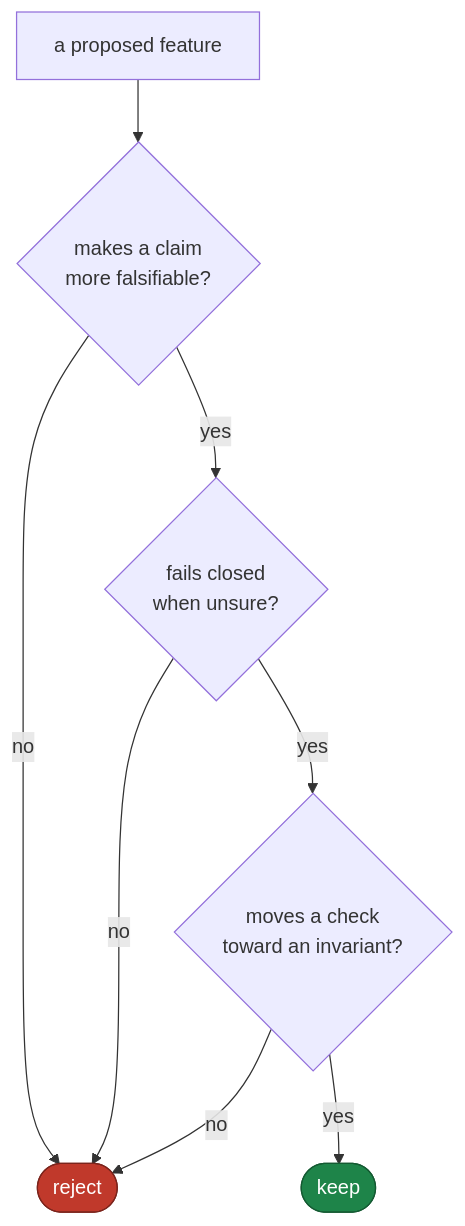
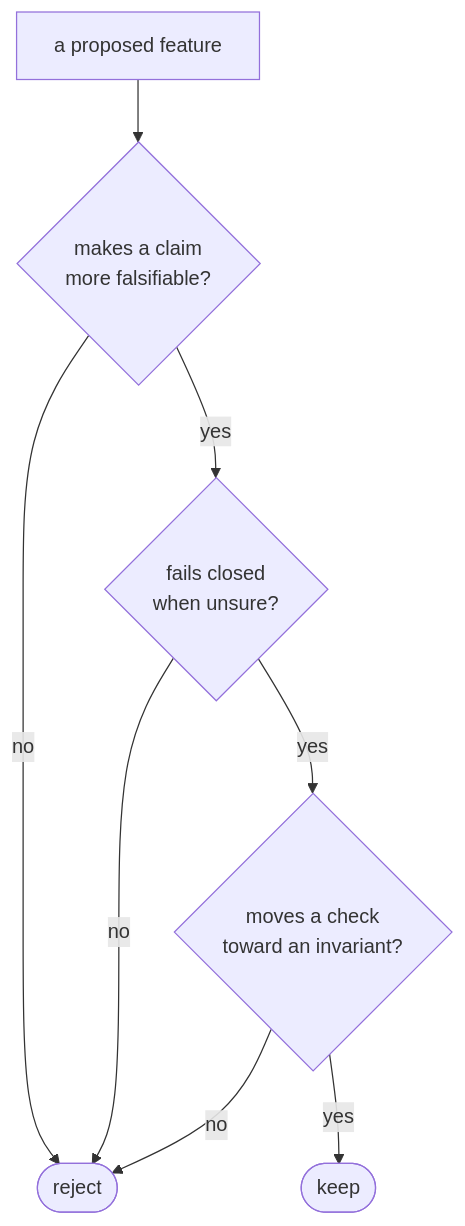
The diagram in docs/concepts/thesis.md (clintecker/celebrimbor), drawn with Mermaid before and after one commit. The commit also changed 12 other files, not shown here.

First line of the commit message:
docs: fix diagram rendering — drop hardcoded mermaid colors, real table headers

````diff
--- a/docs/concepts/thesis.md
+++ b/docs/concepts/thesis.md
@@ -69,14 +69,10 @@
 ```mermaid
 flowchart TD
     F["a proposed feature"] --> Q1{makes a claim<br/>more falsifiable?}
     Q1 -->|no| REJ([reject])
     Q1 -->|yes| Q2{fails closed<br/>when unsure?}
     Q2 -->|no| REJ
     Q2 -->|yes| Q3{moves a check<br/>toward an invariant?}
     Q3 -->|no| REJ
     Q3 -->|yes| KEEP([keep])
-    classDef red fill:#c0392b,stroke:#7b241c,color:#fff
-    classDef green fill:#1e8449,stroke:#145a32,color:#fff
-    class REJ red
-    class KEEP green
 ```
````
